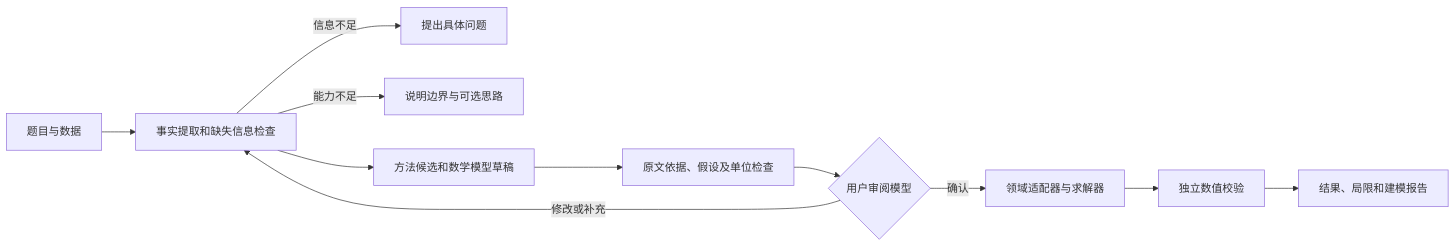
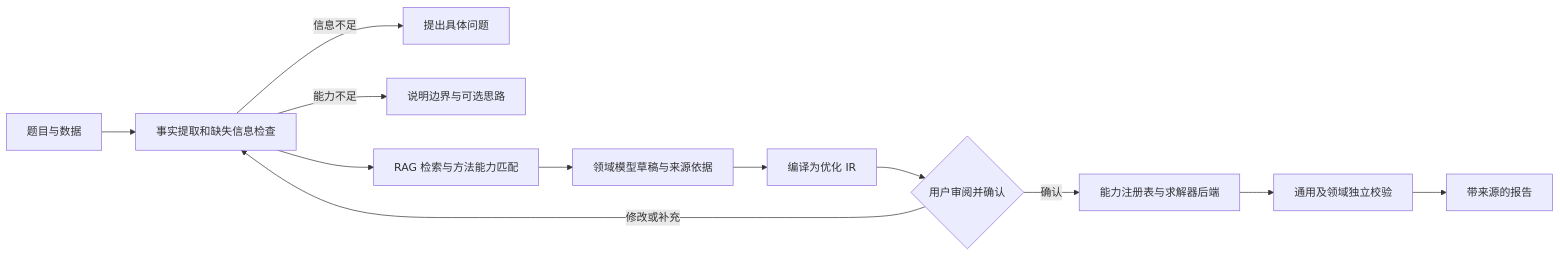
Before and after one commit to cadiaN2333/math-modeling-agent: the diagram in docs/superpowers/specs/2026-09-29-modeling-agent-v2-design.md, drawn with Mermaid. The commit also changed other lines of this file and 1 other file, not shown here.

````diff
--- a/docs/superpowers/specs/2026-09-29-modeling-agent-v2-design.md
+++ b/docs/superpowers/specs/2026-09-29-modeling-agent-v2-design.md
@@ -36,13 +37,14 @@
 ```mermaid
 flowchart LR
     A[题目与数据] --> B[事实提取和缺失信息检查]
     B -->|信息不足| Q[提出具体问题]
     B -->|能力不足| U[说明边界与可选思路]
-    B --> C[方法候选和数学模型草稿]
-    C --> D[原文依据、假设及单位检查]
-    D --> E{用户审阅模型}
-    E -->|修改或补充| B
-    E -->|确认| F[领域适配器与求解器]
-    F --> G[独立数值校验]
-    G --> H[结果、局限和建模报告]
+    B --> C[RAG 检索与方法能力匹配]
+    C --> D[领域模型草稿与来源依据]
+    D --> E[编译为优化 IR]
+    E --> F{用户审阅并确认}
+    F -->|修改或补充| B
+    F -->|确认| G[能力注册表与求解器后端]
+    G --> H[通用及领域独立校验]
+    H --> I[带来源的报告]
 ```
````
